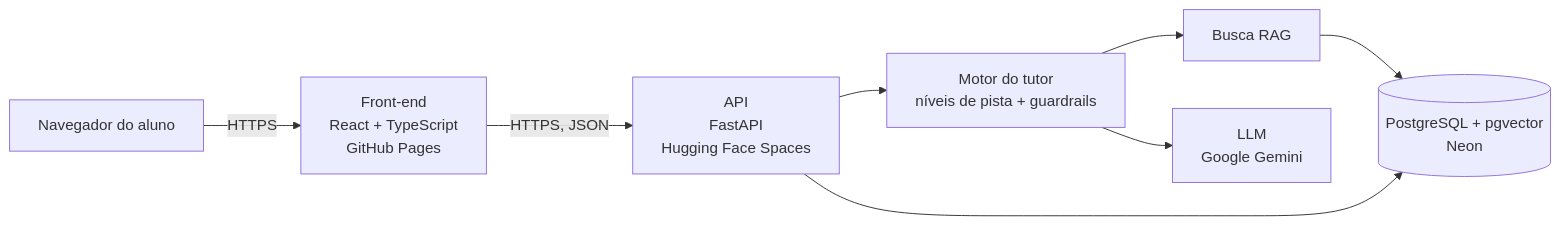
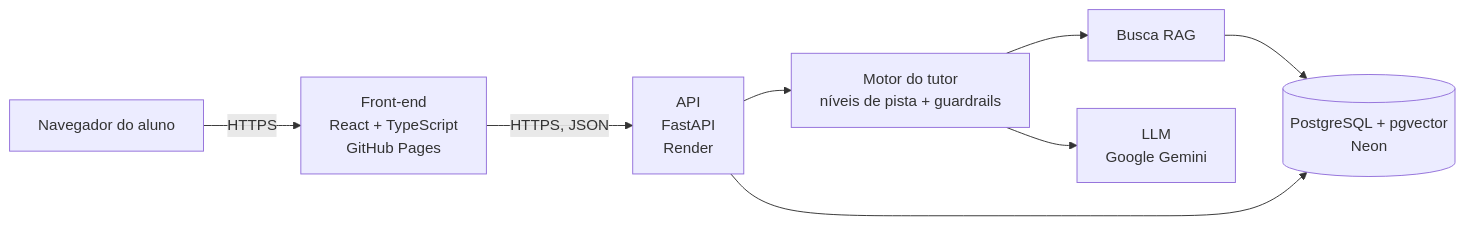
Before and after one commit to sabrinasiilva/pista-enem: the second of 2 diagrams in README.md, drawn with Mermaid. The commit also changed other lines of this file and 14 other files, not shown here.

````diff
--- a/README.md
+++ b/README.md
@@ -64,10 +64,10 @@
 ```mermaid
 flowchart LR
     U[Navegador do aluno] -->|HTTPS| F[Front-end<br/>React + TypeScript<br/>GitHub Pages]
-    F -->|HTTPS, JSON| A[API<br/>FastAPI<br/>Hugging Face Spaces]
+    F -->|HTTPS, JSON| A[API<br/>FastAPI<br/>Render]
     A --> T[Motor do tutor<br/>níveis de pista + guardrails]
     T --> R[Busca RAG]
     R --> D[(PostgreSQL + pgvector<br/>Neon)]
     T --> L[LLM<br/>Google Gemini]
     A --> D
 ```
````
